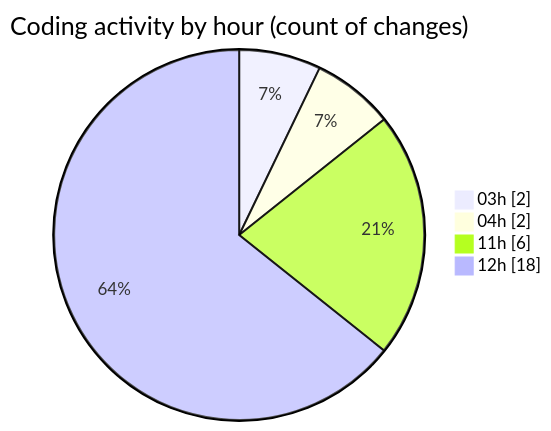
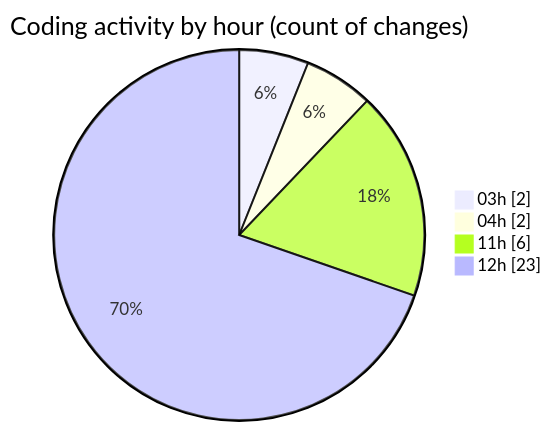
One commit to FelipKnott/code-tracking changed the second of 2 diagrams in 2025-07-04/cursor/README.md. Above: the diagram before and after it, drawn with Mermaid. The commit also changed other lines of this file and 1 other file, not shown here.

````diff
--- a/2025-07-04/cursor/README.md
+++ b/2025-07-04/cursor/README.md
@@ -44,8 +44,8 @@
 ```mermaid
 pie showData
 title Coding activity by hour (count of changes)
 "03h" : 2
 "04h" : 2
 "11h" : 6
-"12h" : 18
+"12h" : 23
 ```
````
